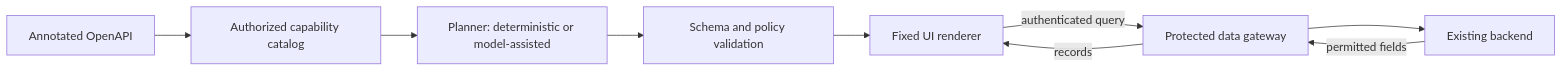
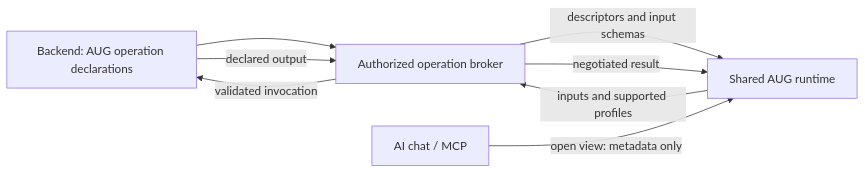
The diagram in README.md (CELOTTOA/adaptive-ui-gateway), drawn with Mermaid before and after one commit. The commit also changed other lines of this file and 64 other files, not shown here.

Commit message:
feat: publish AUG 0.2 operations, runtime and encrypted state

````diff
--- a/README.md
+++ b/README.md
@@ -55,11 +57,10 @@
 ```mermaid
 flowchart LR
-  OA[Annotated OpenAPI] --> C[Authorized capability catalog]
-  C --> P[Planner: deterministic or model-assisted]
-  P --> V[Schema and policy validation]
-  V --> R[Fixed UI renderer]
-  R -- authenticated query --> G[Protected data gateway]
-  G --> B[Existing backend]
-  B -- permitted fields --> G
-  G -- records --> R
+  B[Backend: AUG operation declarations] --> G[Authorized operation broker]
+  G -- descriptors and input schemas --> R[Shared AUG runtime]
+  R -- inputs and supported profiles --> G
+  G -- validated invocation --> B
+  B -- declared output --> G
+  G -- negotiated result --> R
+  C[AI chat / MCP] -- open view: metadata only --> R
 ```
````
